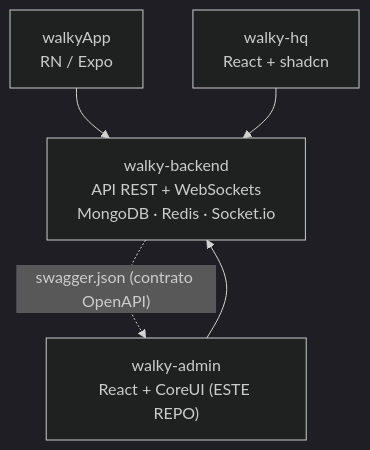
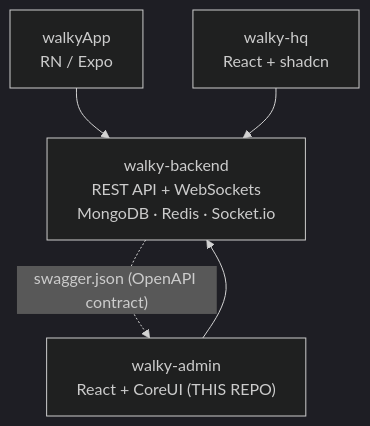
The diagram in docs/overview.md (Walky-App/walky-admin), drawn with Mermaid (dark theme) before and after one commit. The commit also changed other lines of this file and 12 other files, not shown here.

````diff
--- a/docs/overview.md
+++ b/docs/overview.md
@@ -62,11 +62,11 @@
 ```mermaid
 flowchart TD
-    BE["walky-backend<br/>API REST + WebSockets<br/>MongoDB · Redis · Socket.io"]
+    BE["walky-backend<br/>REST API + WebSockets<br/>MongoDB · Redis · Socket.io"]
     APP["walkyApp<br/>RN / Expo"]
-    ADMIN["walky-admin<br/>React + CoreUI (ESTE REPO)"]
+    ADMIN["walky-admin<br/>React + CoreUI (THIS REPO)"]
     HQ["walky-hq<br/>React + shadcn"]
     APP --> BE
     ADMIN --> BE
     HQ --> BE
-    BE -. "swagger.json (contrato OpenAPI)" .-> ADMIN
+    BE -. "swagger.json (OpenAPI contract)" .-> ADMIN
 ```
````
